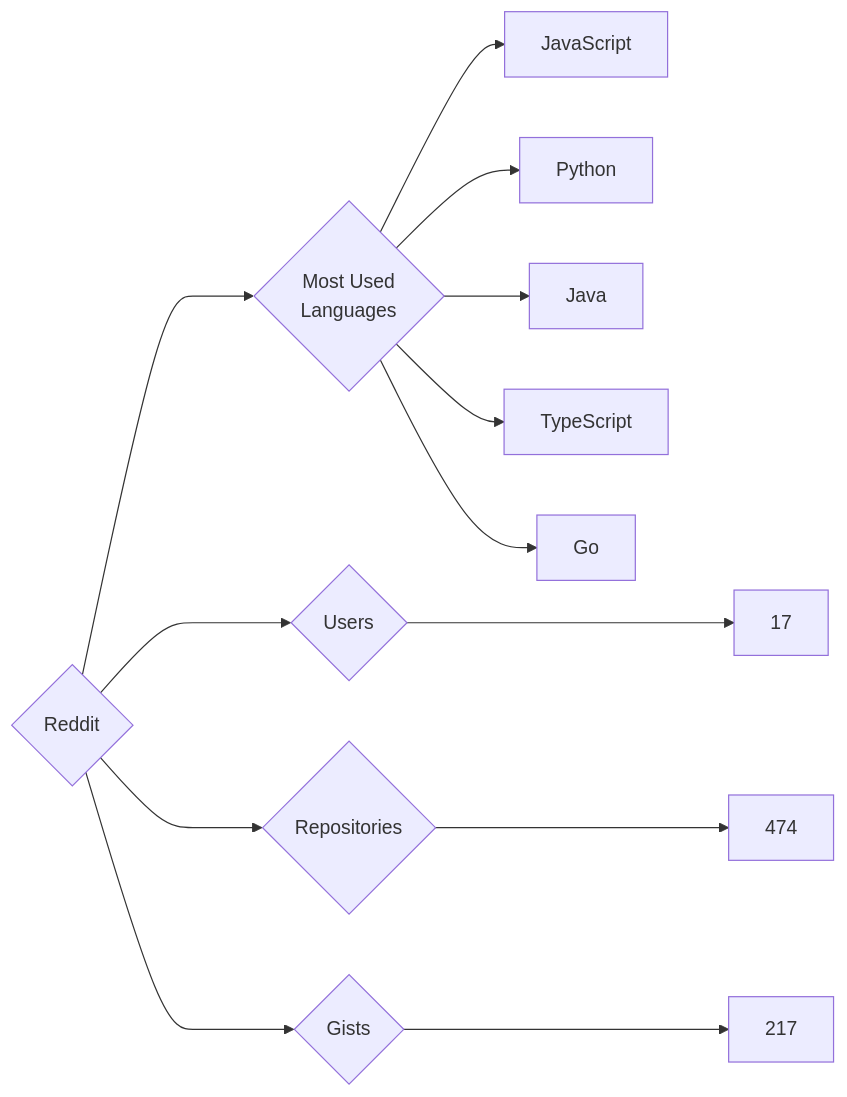
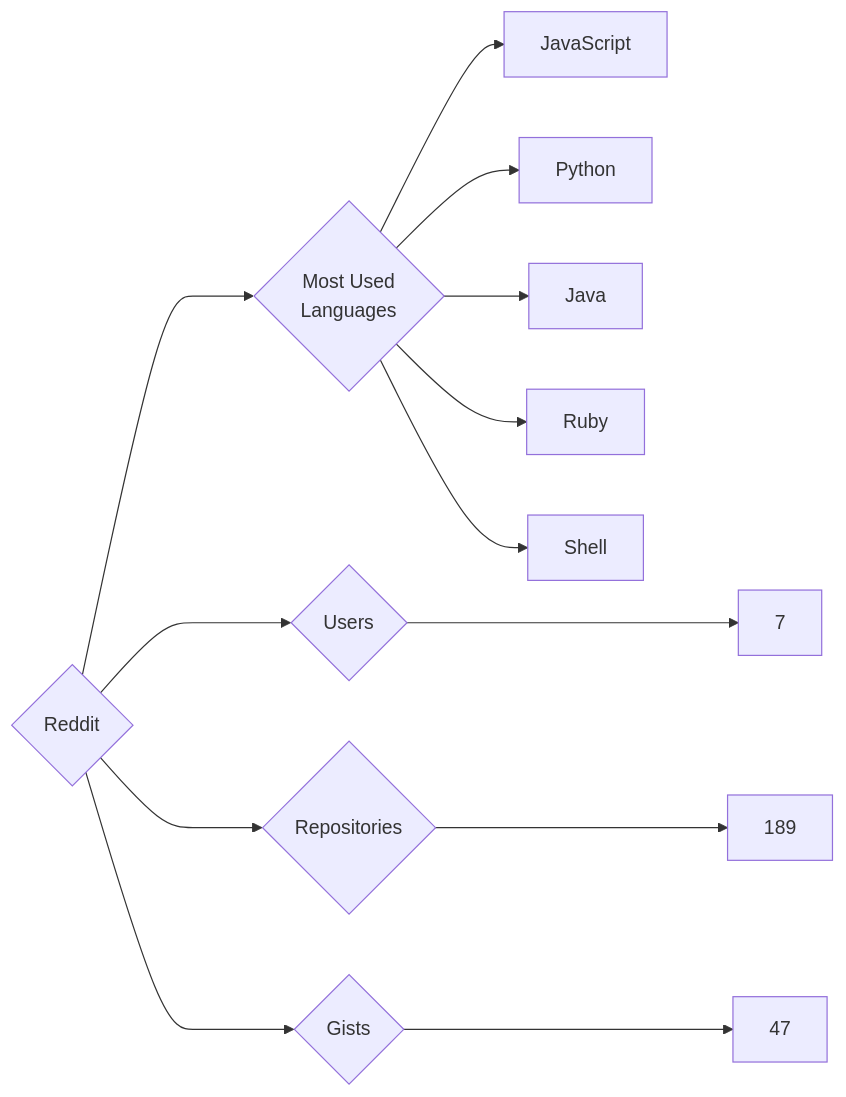
One commit to trickest/insiders changed the diagram in targets/Reddit/README.md. Above: the diagram before and after it, drawn with Mermaid. The commit also changed 860 other files, not shown here.

````diff
--- a/targets/Reddit/README.md
+++ b/targets/Reddit/README.md
@@ -3,13 +3,13 @@
 ```mermaid
 graph LR
 COMPANY_NAME{Reddit}
-COMPANY_NAME ---> U{Users} ---> UN[17]
-COMPANY_NAME ---> R{Repositories} ---> RN[474]
-COMPANY_NAME ---> G{Gists} ---> GN[217]
+COMPANY_NAME ---> U{Users} ---> UN[7]
+COMPANY_NAME ---> R{Repositories} ---> RN[189]
+COMPANY_NAME ---> G{Gists} ---> GN[47]
 COMPANY_NAME ---> ML{Most Used<br>Languages}
 ML --> JavaScript[JavaScript]
 ML --> Python[Python]
 ML --> Java[Java]
-ML --> TypeScript[TypeScript]
-ML --> Go[Go]
+ML --> Ruby[Ruby]
+ML --> Shell[Shell]
 ```
````
